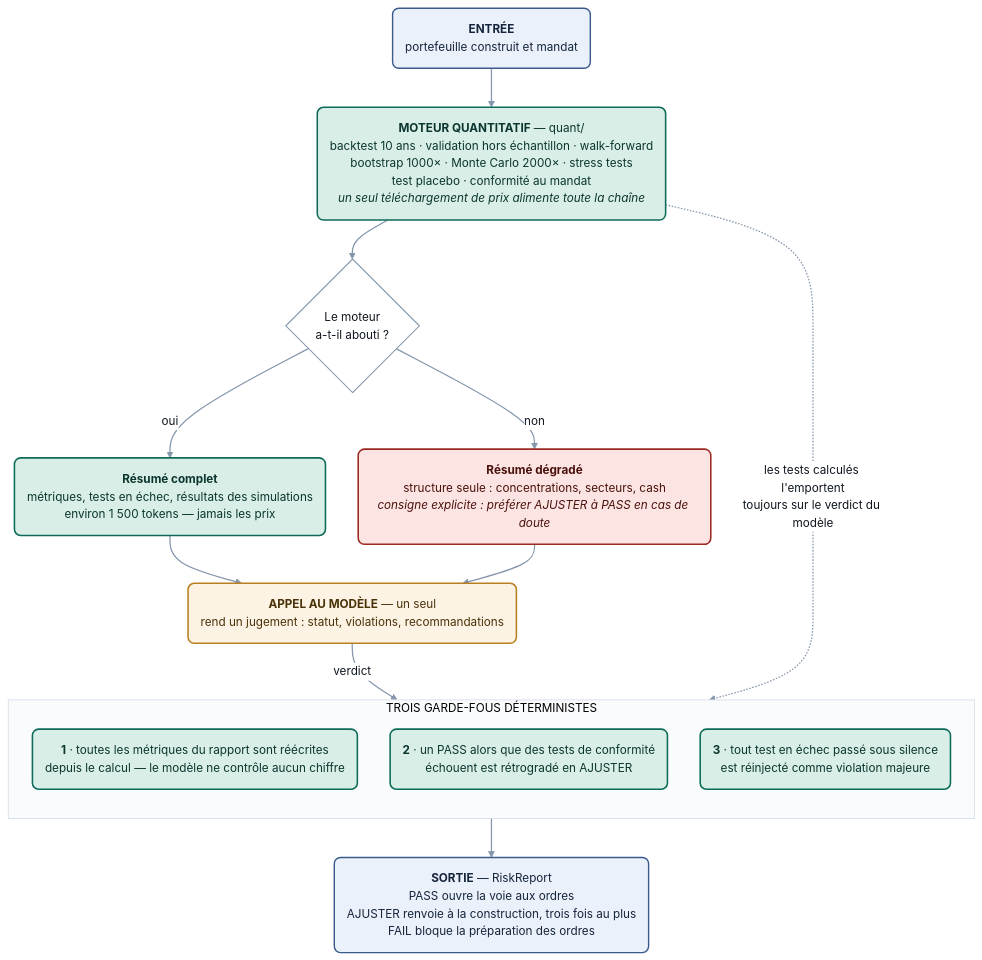
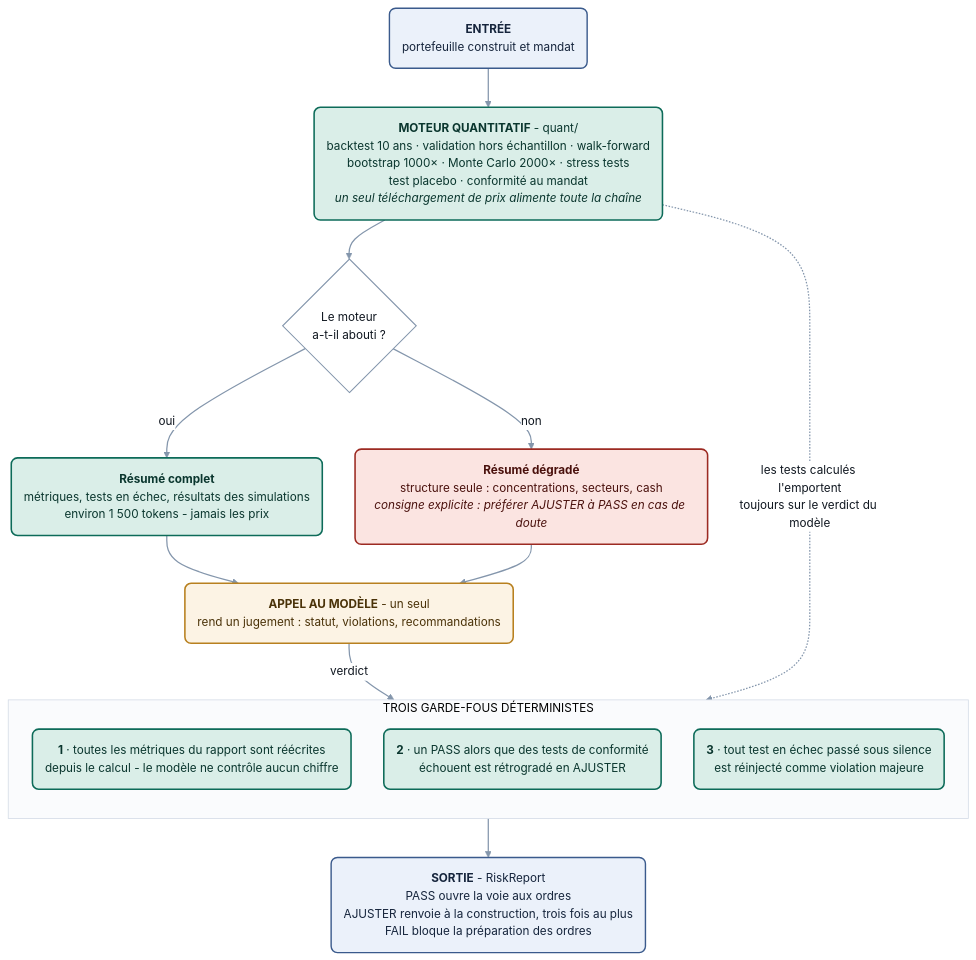
One commit to damienkuhnz-tech/AlphaSwarm-AI changed the diagram in docs/architecture/agents/agent_4_risque.mmd. Above: the diagram before and after it, drawn with Mermaid. The commit also changed 106 other files, not shown here.

```diff
--- a/docs/architecture/agents/agent_4_risque.mmd
+++ b/docs/architecture/agents/agent_4_risque.mmd
@@ -1,64 +1,64 @@
 ---
 config:
   theme: base
   themeVariables:
     fontFamily: "Segoe UI, Helvetica Neue, Arial, sans-serif"
     fontSize: 15px
     lineColor: "#8496AC"
     primaryColor: "#FFFFFF"
     primaryTextColor: "#101720"
     primaryBorderColor: "#8496AC"
     clusterBkg: "#FAFBFD"
     clusterBorder: "#D3DBE6"
     edgeLabelBackground: "#FFFFFF"
   flowchart:
     curve: basis
     padding: 16
     nodeSpacing: 42
     rankSpacing: 50
     wrappingWidth: 420
 ---
 flowchart TB
 
   IN("<b>ENTRÉE</b><br/>portefeuille construit et mandat")
 
-  Q("<b>MOTEUR QUANTITATIF</b> — quant/<br/>backtest 10 ans · validation hors échantillon · walk-forward<br/>bootstrap 1000× · Monte Carlo 2000× · stress tests<br/>test placebo · conformité au mandat<br/><i>un seul téléchargement de prix alimente toute la chaîne</i>")
+  Q("<b>MOTEUR QUANTITATIF</b> - quant/<br/>backtest 10 ans · validation hors échantillon · walk-forward<br/>bootstrap 1000× · Monte Carlo 2000× · stress tests<br/>test placebo · conformité au mandat<br/><i>un seul téléchargement de prix alimente toute la chaîne</i>")
 
   DEC{"Le moteur<br/>a-t-il abouti ?"}
 
-  OKP("<b>Résumé complet</b><br/>métriques, tests en échec, résultats des simulations<br/>environ 1 500 tokens — jamais les prix")
+  OKP("<b>Résumé complet</b><br/>métriques, tests en échec, résultats des simulations<br/>environ 1 500 tokens - jamais les prix")
   KOP("<b>Résumé dégradé</b><br/>structure seule : concentrations, secteurs, cash<br/><i>consigne explicite : préférer AJUSTER à PASS en cas de doute</i>")
 
-  L("<b>APPEL AU MODÈLE</b> — un seul<br/>rend un jugement : statut, violations, recommandations")
+  L("<b>APPEL AU MODÈLE</b> - un seul<br/>rend un jugement : statut, violations, recommandations")
 
   subgraph GF["&nbsp;&nbsp;TROIS GARDE-FOUS DÉTERMINISTES&nbsp;&nbsp;"]
     direction TB
-    G1("<b>1</b> · toutes les métriques du rapport sont réécrites<br/>depuis le calcul — le modèle ne contrôle aucun chiffre")
+    G1("<b>1</b> · toutes les métriques du rapport sont réécrites<br/>depuis le calcul - le modèle ne contrôle aucun chiffre")
     G2("<b>2</b> · un PASS alors que des tests de conformité<br/>échouent est rétrogradé en AJUSTER")
     G3("<b>3</b> · tout test en échec passé sous silence<br/>est réinjecté comme violation majeure")
   end
 
-  OUT("<b>SORTIE</b> — RiskReport<br/>PASS ouvre la voie aux ordres<br/>AJUSTER renvoie à la construction, trois fois au plus<br/>FAIL bloque la préparation des ordres")
+  OUT("<b>SORTIE</b> - RiskReport<br/>PASS ouvre la voie aux ordres<br/>AJUSTER renvoie à la construction, trois fois au plus<br/>FAIL bloque la préparation des ordres")
 
   IN --> Q --> DEC
   DEC -->|oui| OKP
   DEC -->|non| KOP
   OKP --> L
   KOP --> L
   L -->|verdict| GF
   GF --> OUT
   Q -.->|"les tests calculés l'emportent<br/>toujours sur le verdict du modèle"| GF
 
   class IN,OUT io;
   class Q,G1,G2,G3,OKP calc;
   class L juge;
   class KOP stop;
   class DEC data;
 
   classDef juge fill:#FCF3E4,stroke:#B8801F,stroke-width:2px,color:#4A3208,rx:8,ry:8;
   classDef calc fill:#DAEEE8,stroke:#0D6B59,stroke-width:2px,color:#0A362E,rx:8,ry:8;
   classDef io fill:#EBF1FA,stroke:#3A5A8C,stroke-width:1.8px,color:#16253C,rx:8,ry:8;
   classDef stop fill:#FBE4E1,stroke:#9C2A22,stroke-width:2px,color:#4A110D,rx:8,ry:8;
   classDef data fill:#FFFFFF,stroke:#8496AC,stroke-width:1.4px,color:#101720,rx:8,ry:8;
 
   linkStyle default stroke-width:1.6px;
```
